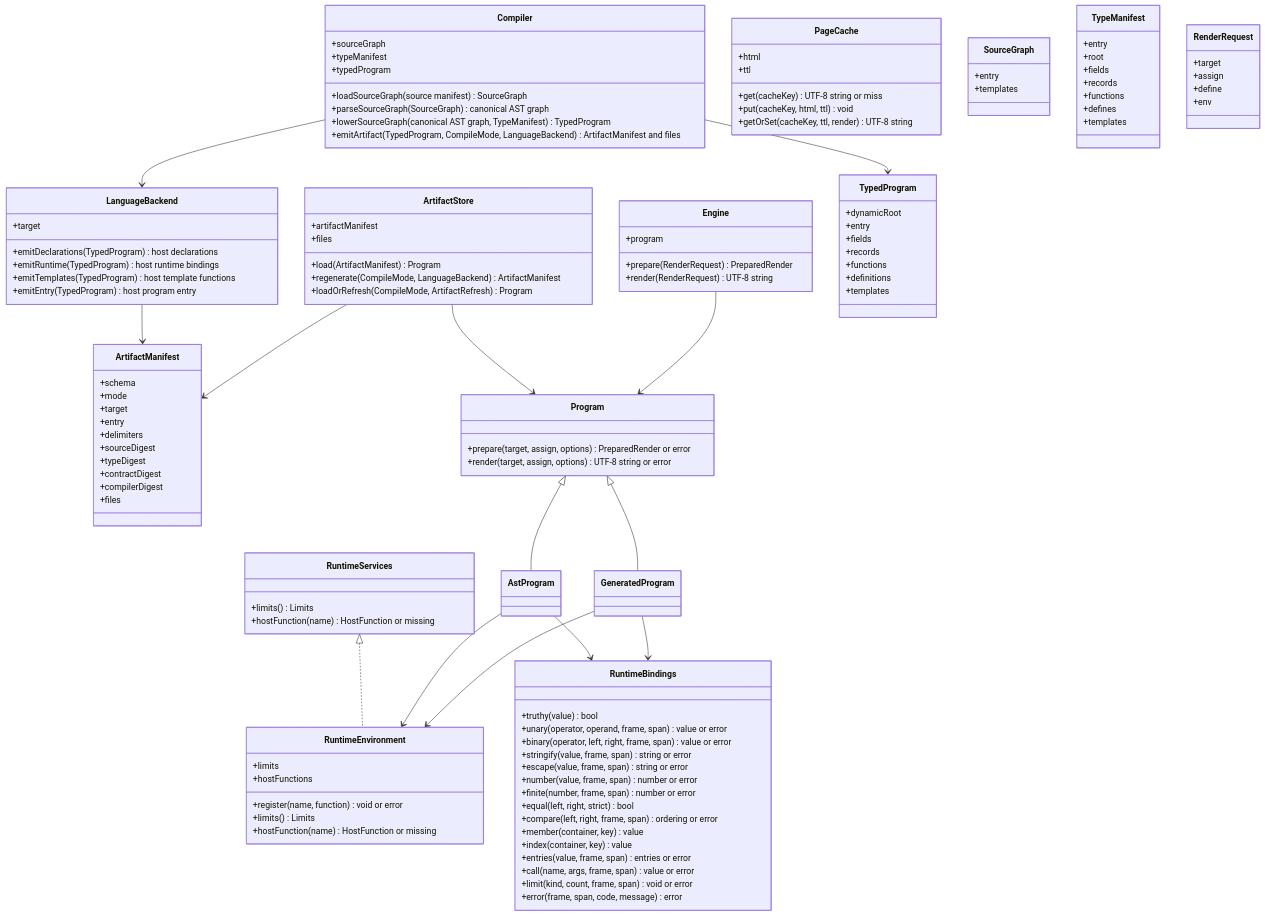
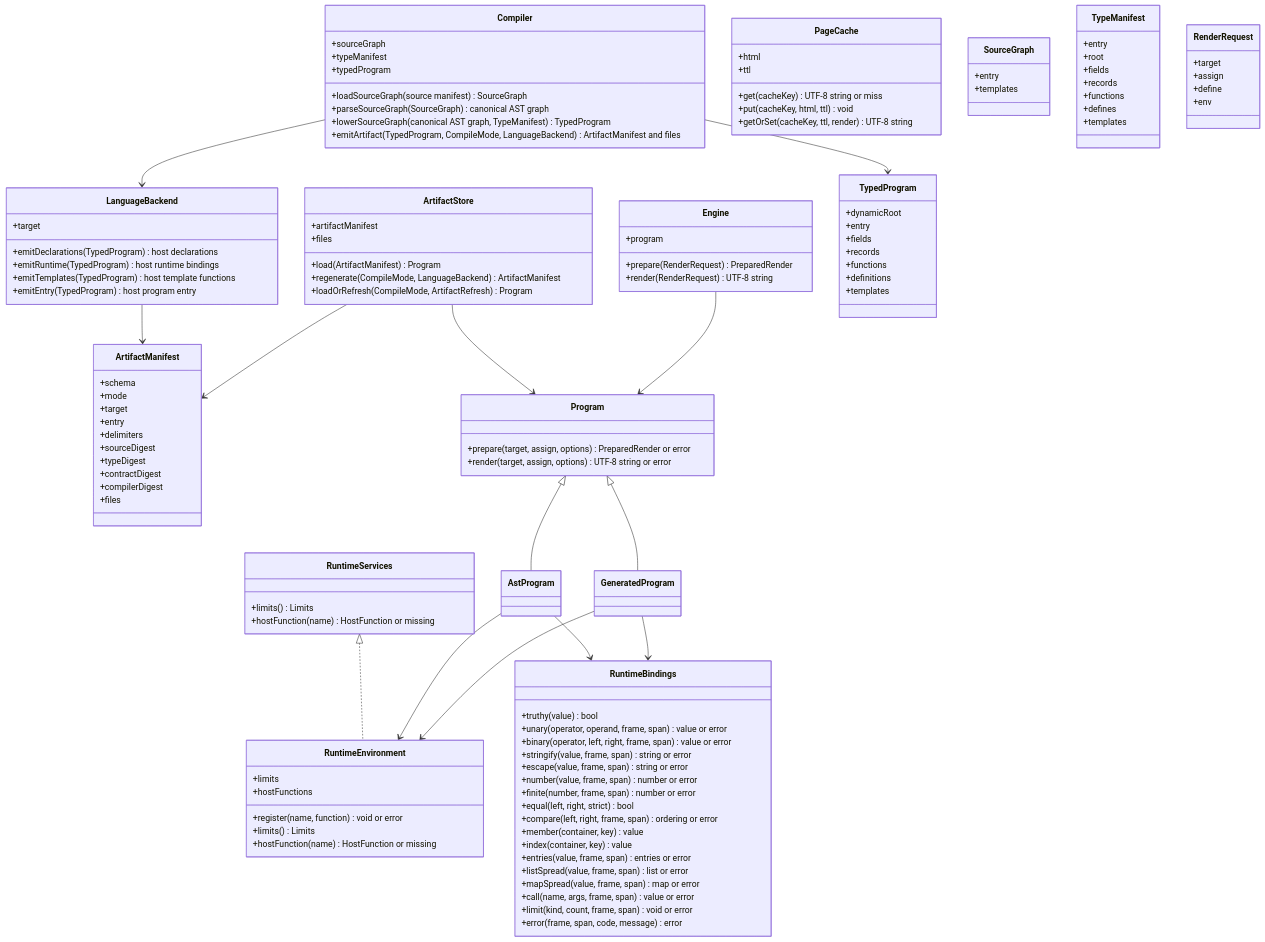
Before and after one commit to polyspec/template: the diagram in tools/compiler/generated/compiler-classes.mmd, drawn with Mermaid. The commit also changed 61 other files, not shown here.

Commit message:
Compile source graph dependencies and shared spreads

```diff
--- a/tools/compiler/generated/compiler-classes.mmd
+++ b/tools/compiler/generated/compiler-classes.mmd
@@ -1,123 +1,125 @@
 classDiagram
   class Compiler {
     +sourceGraph
     +typeManifest
     +typedProgram
     +loadSourceGraph(source manifest) SourceGraph
     +parseSourceGraph(SourceGraph) canonical AST graph
     +lowerSourceGraph(canonical AST graph, TypeManifest) TypedProgram
     +emitArtifact(TypedProgram, CompileMode, LanguageBackend) ArtifactManifest and files
   }
   class LanguageBackend {
     +target
     +emitDeclarations(TypedProgram) host declarations
     +emitRuntime(TypedProgram) host runtime bindings
     +emitTemplates(TypedProgram) host template functions
     +emitEntry(TypedProgram) host program entry
   }
   class ArtifactStore {
     +artifactManifest
     +files
     +load(ArtifactManifest) Program
     +regenerate(CompileMode, LanguageBackend) ArtifactManifest
     +loadOrRefresh(CompileMode, ArtifactRefresh) Program
   }
   class Engine {
     +program
     +prepare(RenderRequest) PreparedRender
     +render(RenderRequest) UTF-8 string
   }
   class PageCache {
     +html
     +ttl
     +get(cacheKey) UTF-8 string or miss
     +put(cacheKey, html, ttl) void
     +getOrSet(cacheKey, ttl, render) UTF-8 string
   }
   class RuntimeEnvironment {
     +limits
     +hostFunctions
     +register(name, function) void or error
     +limits() Limits
     +hostFunction(name) HostFunction or missing
   }
   class SourceGraph {
     +entry
     +templates
   }
   class TypeManifest {
     +entry
     +root
     +fields
     +records
     +functions
     +defines
     +templates
   }
   class TypedProgram {
     +dynamicRoot
     +entry
     +fields
     +records
     +functions
     +definitions
     +templates
   }
   class ArtifactManifest {
     +schema
     +mode
     +target
     +entry
     +delimiters
     +sourceDigest
     +typeDigest
     +contractDigest
     +compilerDigest
     +files
   }
   class RenderRequest {
     +target
     +assign
     +define
     +env
   }
   class Program {
     +prepare(target, assign, options) PreparedRender or error
     +render(target, assign, options) UTF-8 string or error
   }
   class AstProgram
   class GeneratedProgram
   class RuntimeBindings {
     +truthy(value) bool
     +unary(operator, operand, frame, span) value or error
     +binary(operator, left, right, frame, span) value or error
     +stringify(value, frame, span) string or error
     +escape(value, frame, span) string or error
     +number(value, frame, span) number or error
     +finite(number, frame, span) number or error
     +equal(left, right, strict) bool
     +compare(left, right, frame, span) ordering or error
     +member(container, key) value
     +index(container, key) value
     +entries(value, frame, span) entries or error
+    +listSpread(value, frame, span) list or error
+    +mapSpread(value, frame, span) map or error
     +call(name, args, frame, span) value or error
     +limit(kind, count, frame, span) void or error
     +error(frame, span, code, message) error
   }
   class RuntimeServices {
     +limits() Limits
     +hostFunction(name) HostFunction or missing
   }
   Program <|-- AstProgram
   Program <|-- GeneratedProgram
   Compiler --> TypedProgram
   Compiler --> LanguageBackend
   LanguageBackend --> ArtifactManifest
   ArtifactStore --> ArtifactManifest
   ArtifactStore --> Program
   Engine --> Program
   RuntimeServices <|.. RuntimeEnvironment
   AstProgram --> RuntimeEnvironment
   GeneratedProgram --> RuntimeEnvironment
   AstProgram --> RuntimeBindings
   GeneratedProgram --> RuntimeBindings
```
